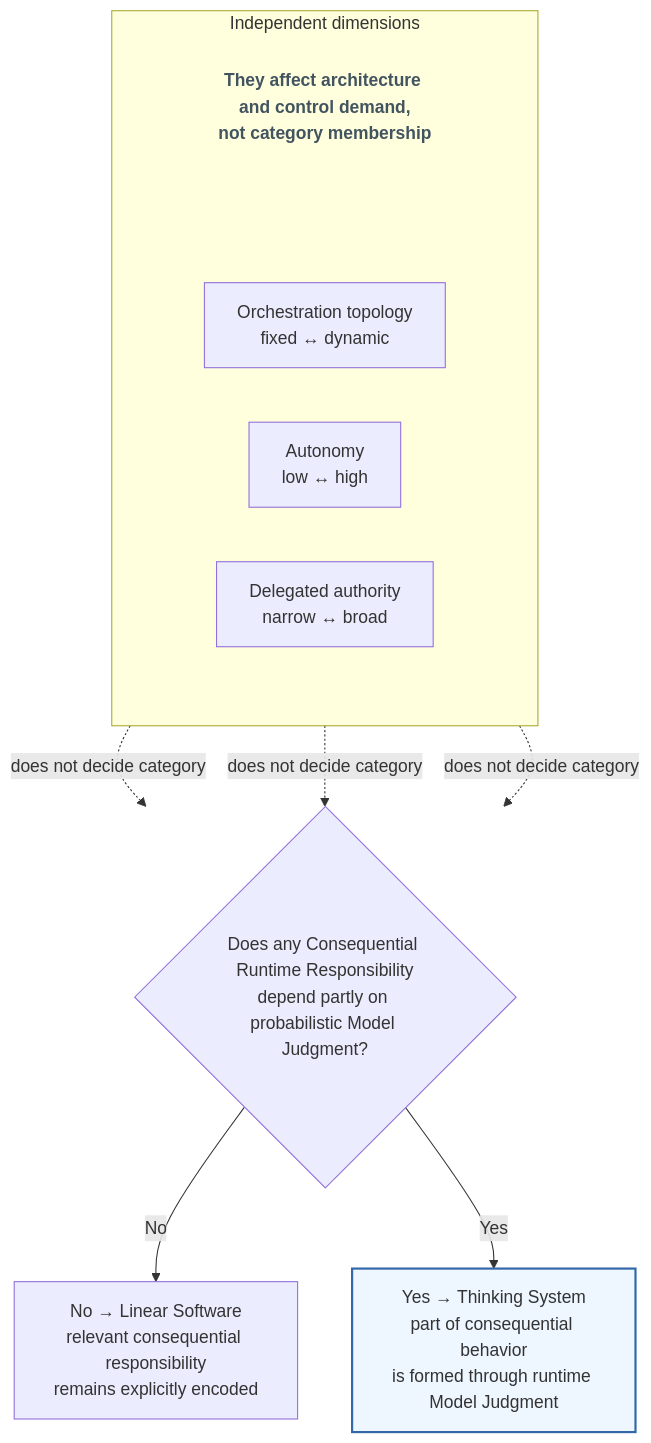
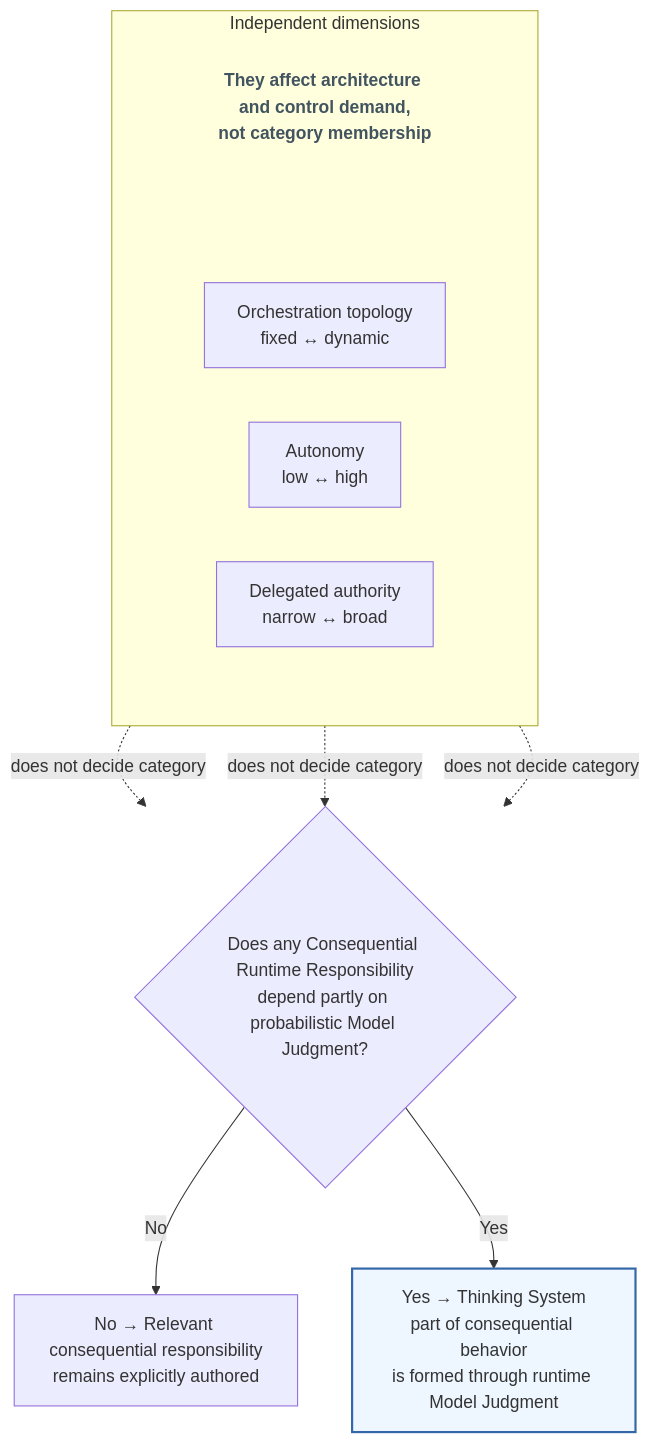
Before and after one commit to UncertaintyArchitectureGroup/uncertainty-architecture: the second of 8 diagrams in content/research/notes/thinking-systems-publication-draft.md, drawn with Mermaid. The commit also changed other lines of this file and 10 other files, not shown here.

````diff
--- a/content/research/notes/thinking-systems-publication-draft.md
+++ b/content/research/notes/thinking-systems-publication-draft.md
@@ -108,30 +116,30 @@
 ```mermaid
 flowchart TB
     subgraph I["Independent dimensions"]
         direction TB
         IN["They affect architecture and control demand,<br/>not category membership"]
         subgraph R[" "]
             direction LR
             O["Orchestration topology<br/>fixed ↔ dynamic"]
             A["Autonomy<br/>low ↔ high"]
             D["Delegated authority<br/>narrow ↔ broad"]
         end
     end
 
     Q{"Does any Consequential Runtime Responsibility<br/>depend partly on probabilistic Model Judgment?"}
-    L["No → Linear Software<br/>relevant consequential responsibility<br/>remains explicitly encoded"]
+    L["No → Relevant consequential responsibility<br/>remains explicitly authored"]
     T["Yes → Thinking System<br/>part of consequential behavior<br/>is formed through runtime Model Judgment"]
 
     IN ~~~ A
     O -. does not decide category .-> Q
     A -. does not decide category .-> Q
     D -. does not decide category .-> Q
     Q -->|No| L
     Q -->|Yes| T
 
     classDef thinking fill:#eef6ff,stroke:#3367a8,stroke-width:2px;
     classDef dimensionNote fill:transparent,stroke:transparent,color:#42545f,font-weight:600;
     class IN dimensionNote;
     style R fill:transparent,stroke:transparent
     class T thinking;
 ```
````
